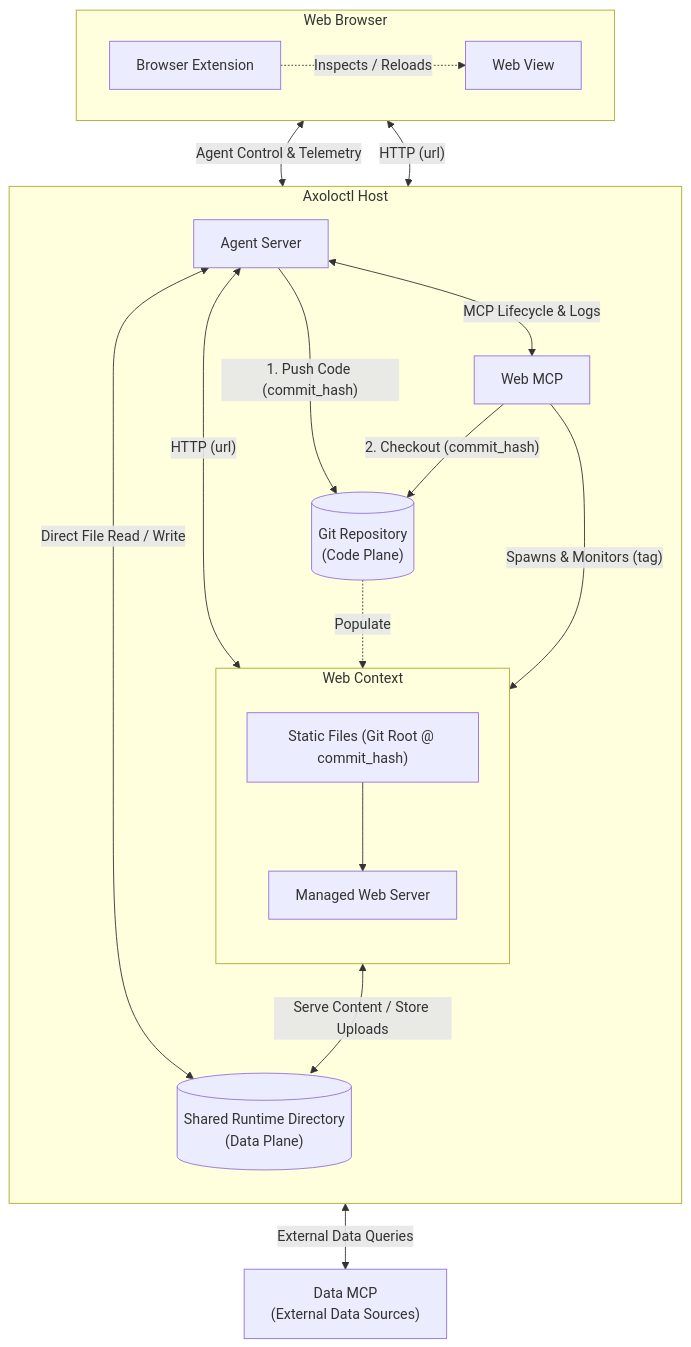
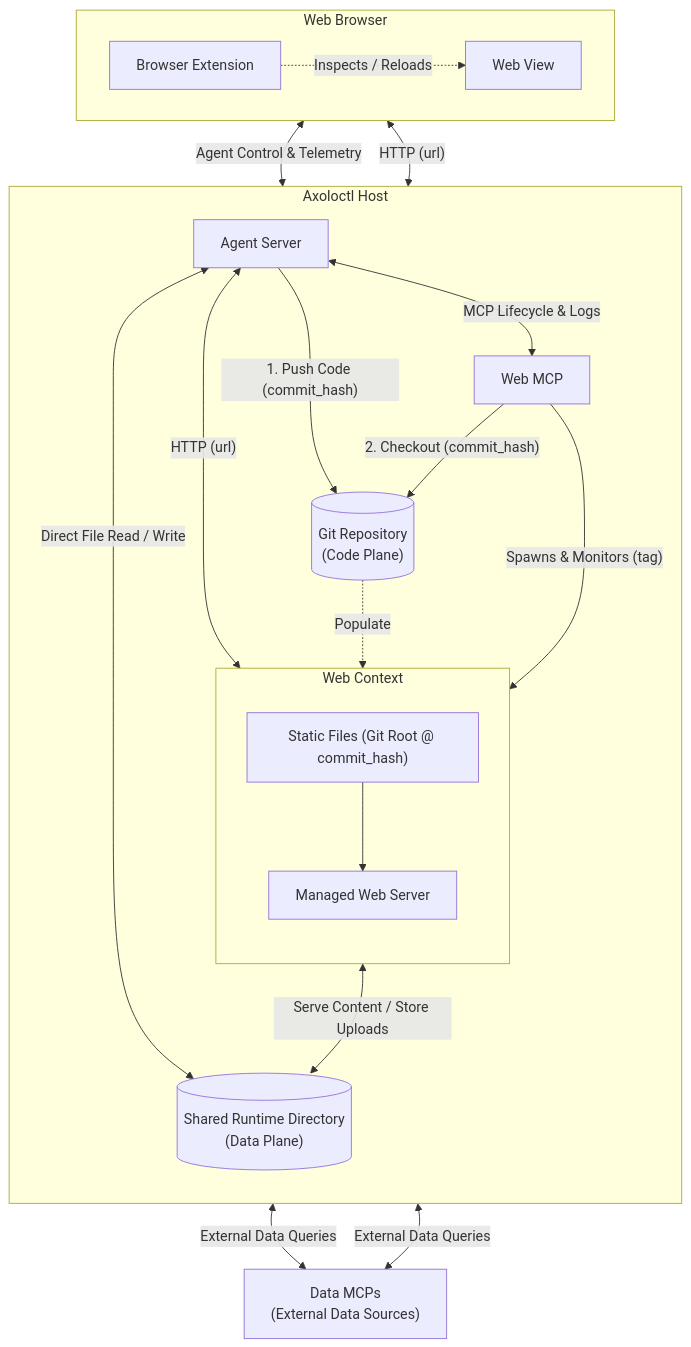
Before and after one commit to grafnu/udmi: the first of 2 diagrams in mcp/axoloctl/README.md, drawn with Mermaid. The commit also changed other lines of this file, not shown here.

````diff
--- a/mcp/axoloctl/README.md
+++ b/mcp/axoloctl/README.md
@@ -24,39 +24,40 @@
 ```mermaid
 flowchart TD
   subgraph Browser["Web Browser"]
     direction LR
     Extension["Browser Extension"]
     WebView["Web View"]
     Extension -. "Inspects / Reloads" .-> WebView
   end
 
   subgraph AxoloctlHost["Axoloctl Host"]
     direction TB
     Agent["Agent Server"]
     WebMCP["Web MCP"]
     Git[("Git Repository\n(Code Plane)")]
     SharedDir[("Shared Runtime Directory\n(Data Plane)")]
 
     subgraph WebContext["Web Context"]
       direction TB
       StaticRoot["Static Files (Git Root @ commit_hash)"]
       WebServer["Managed Web Server"]
       StaticRoot --> WebServer
     end
 
     Agent <-->|"MCP Lifecycle & Logs"| WebMCP
     WebMCP -->|"Spawns & Monitors (tag)"| WebContext
     Agent <-->|"HTTP (url)"| WebServer
     Agent -->|"1. Push Code (commit_hash)"| Git
     WebMCP -->|"2. Checkout (commit_hash)"| Git
     Git -.->|"Populate"| StaticRoot
     Agent <-->|"Direct File Read / Write"| SharedDir
     WebServer <-->|"Serve Content / Store Uploads"| SharedDir
   end
 
-  DataMCP["Data MCP\n(External Data Sources)"]
+  DataMCP["Data MCPs\n(External Data Sources)"]
 
   Extension <-->|"Agent Control & Telemetry"| Agent
   WebView <-->|"HTTP (url)"| WebServer
   Agent <-->|"External Data Queries"| DataMCP
+  WebServer <-->|"External Data Queries"| DataMCP
 ```
````
